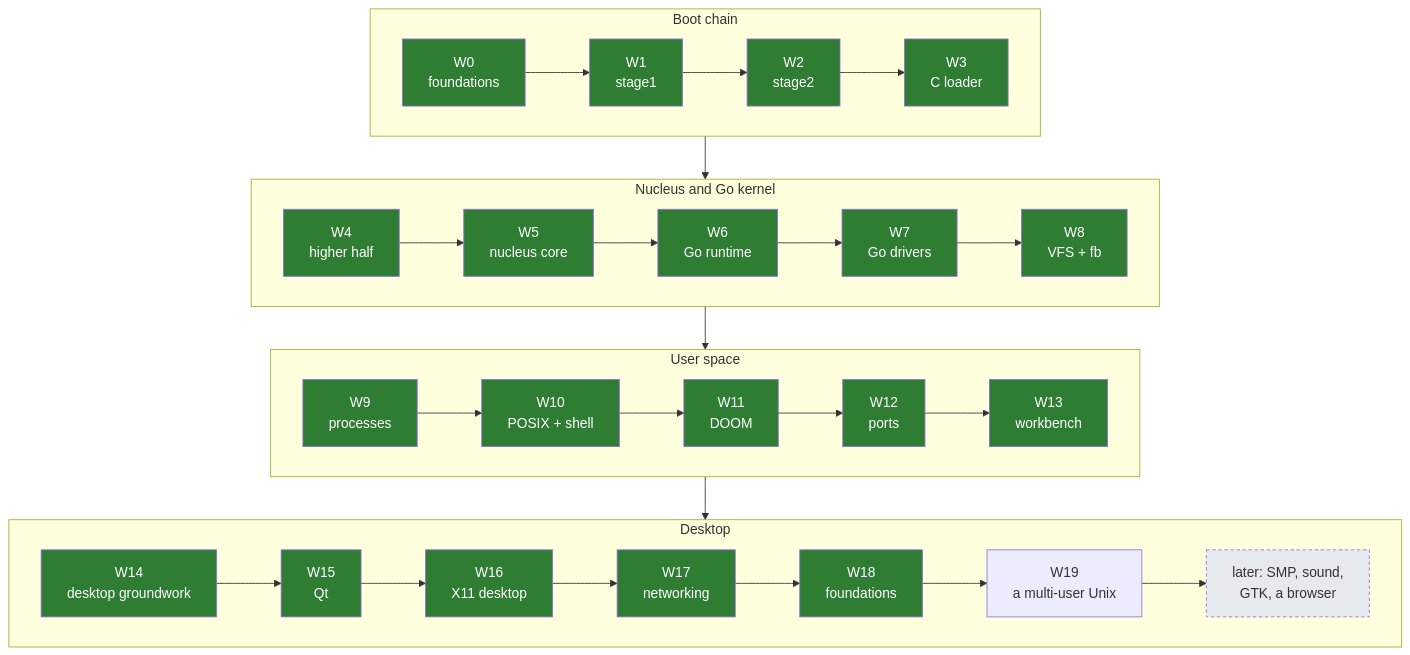
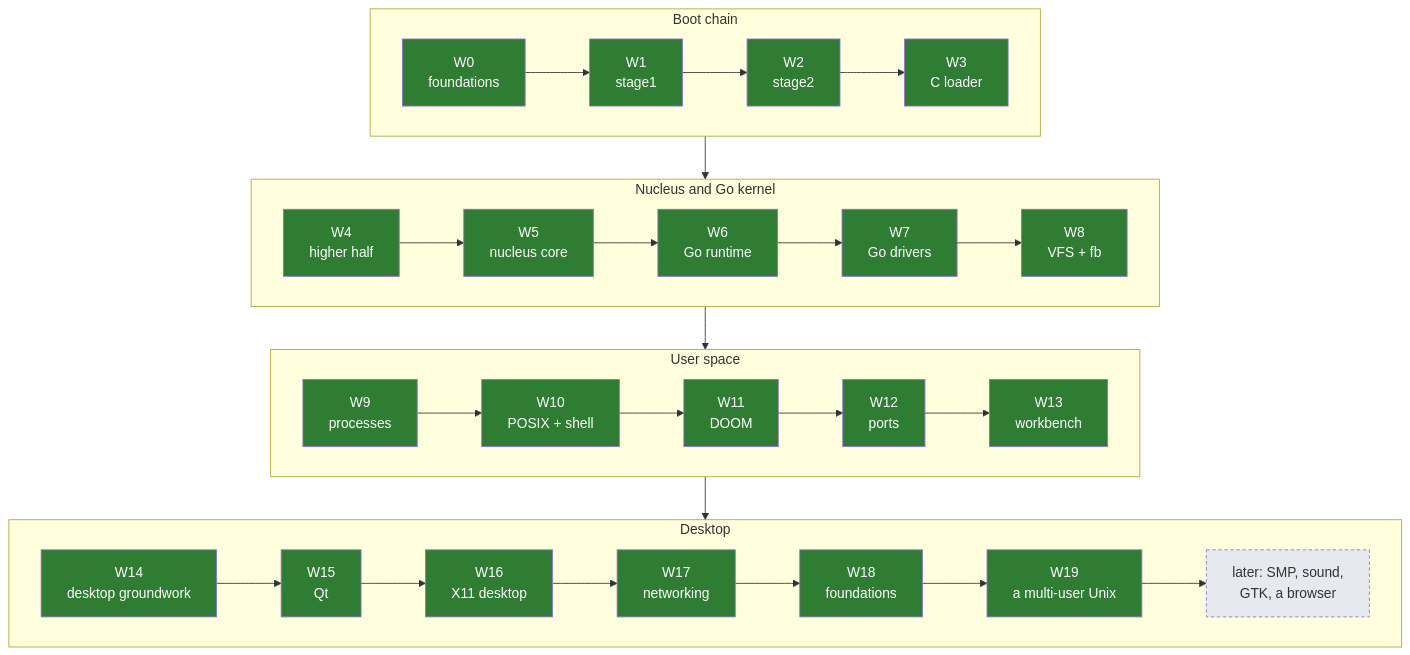
The diagram in docs/04-plan/ROADMAP.md (decagondev/burrow), drawn with Mermaid before and after one commit. The commit also changed other lines of this file and 24 other files, not shown here.

````diff
--- a/docs/04-plan/ROADMAP.md
+++ b/docs/04-plan/ROADMAP.md
@@ -28,25 +28,25 @@
 ```mermaid
 flowchart TB
     subgraph boot["Boot chain"]
         direction LR
         W0["W0<br/>foundations"] --> W1["W1<br/>stage1"] --> W2["W2<br/>stage2"] --> W3["W3<br/>C loader"]
     end
     subgraph core["Nucleus and Go kernel"]
         direction LR
         W4["W4<br/>higher half"] --> W5["W5<br/>nucleus core"] --> W6["W6<br/>Go runtime"] --> W7["W7<br/>Go drivers"] --> W8["W8<br/>VFS + fb"]
     end
     subgraph unix["User space"]
         direction LR
         W9["W9<br/>processes"] --> W10["W10<br/>POSIX + shell"] --> W11["W11<br/>DOOM"] --> W12["W12<br/>ports"] --> W13["W13<br/>workbench"]
     end
     subgraph desk["Desktop"]
         direction LR
         W14["W14<br/>desktop groundwork"] --> W15["W15<br/>Qt"] --> W16["W16<br/>X11 desktop"] --> W17["W17<br/>networking"] --> W18["W18<br/>foundations"] --> W19["W19<br/>a multi-user Unix"] --> X["later: SMP, sound,<br/>GTK, a browser"]
     end
     boot --> core --> unix --> desk
     classDef done fill:#2e7d32,color:#fff;
     classDef next fill:#f9a825,color:#000;
     classDef later fill:#e6eaee,color:#333,stroke-dasharray: 4 3;
-    class W0,W1,W2,W3,W4,W5,W6,W7,W8,W9,W10,W11,W12,W13,W14,W15,W16,W17,W18 done;
+    class W0,W1,W2,W3,W4,W5,W6,W7,W8,W9,W10,W11,W12,W13,W14,W15,W16,W17,W18,W19 done;
     class X later;
 ```
````
